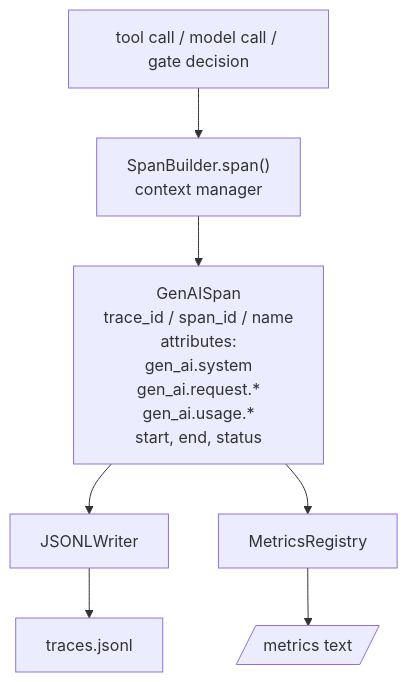
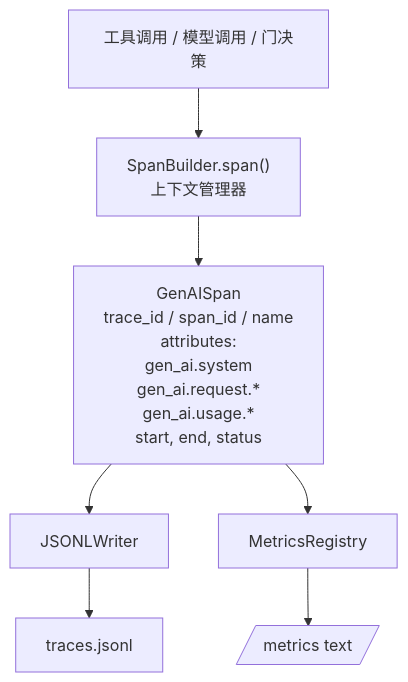
Before and after one commit to guangningsun/ailearning: the first of 2 diagrams in lessons/19-capstone-projects/28-observability-otel-traces/docs/zh.md, drawn with Mermaid. The commit also changed other lines of this file and 85 other files, not shown here.

````diff
--- a/lessons/19-capstone-projects/28-observability-otel-traces/docs/zh.md
+++ b/lessons/19-capstone-projects/28-observability-otel-traces/docs/zh.md
@@ -32,9 +32,9 @@
 ```mermaid
 flowchart TD
-  Call[tool call / model call / gate decision] --> Span["SpanBuilder.span()<br/>context manager"]
+  Call[工具调用 / 模型调用 / 门决策] --> Span["SpanBuilder.span()<br/>上下文管理器"]
   Span --> GenAI[GenAISpan<br/>trace_id / span_id / name<br/>attributes:<br/>gen_ai.system<br/>gen_ai.request.*<br/>gen_ai.usage.*<br/>start, end, status]
   GenAI --> Writer[JSONLWriter]
   GenAI --> Metrics[MetricsRegistry]
   Writer --> Traces[traces.jsonl]
   Metrics --> Prom[/metrics text/]
 ```
````
